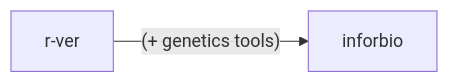
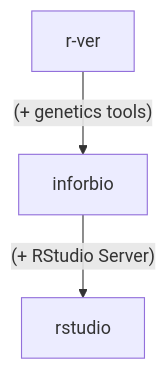
Before and after one commit to Ning-L/docker-versioned: the diagram in README.md, drawn with Mermaid. The commit also changed other lines of this file, not shown here.

Commit message:
chore: update README with rstudio image

````diff
--- a/README.md
+++ b/README.md
@@ -18,4 +18,4 @@
 ``` mermaid
-graph LR
-    A[r-ver] -- (+ genetics tools) --> B[inforbio]
+graph TD
+    A[r-ver] -- (+ genetics tools) --> B[inforbio] -- (+ RStudio Server) --> C[rstudio]
 ```
````
